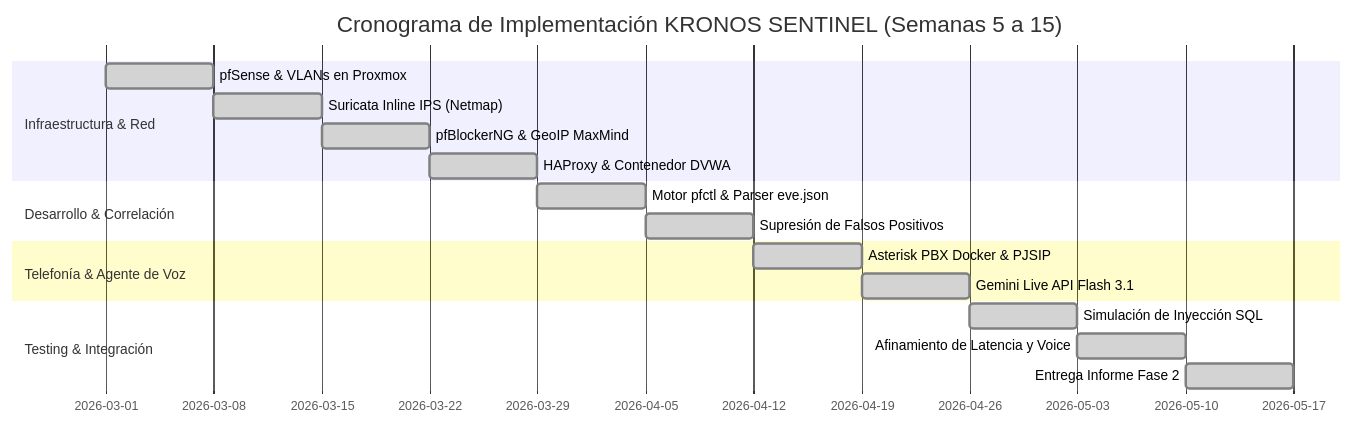
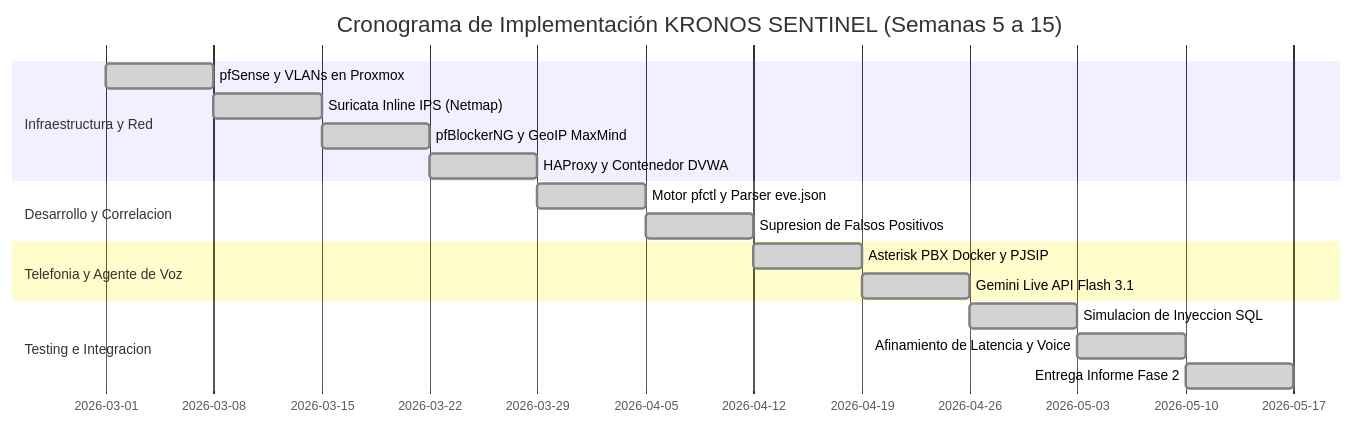
Before and after one commit to Fredinni/Proyecto-Portafolio: the diagram in docs/Fase_2_Desarrollo_Proyecto_APT/Informacion_EA2/Plan_Trabajo_Carta_Gantt.md, drawn with Mermaid. The commit also changed 17 other files, not shown here.

Commit message:
fix(assets-docs): XML compliant SVG assets with 4K UHD PNG rendering, robust LaTeX/Mermaid formatting, and scrubbed academic metadata

````diff
--- a/docs/Fase_2_Desarrollo_Proyecto_APT/Informacion_EA2/Plan_Trabajo_Carta_Gantt.md
+++ b/docs/Fase_2_Desarrollo_Proyecto_APT/Informacion_EA2/Plan_Trabajo_Carta_Gantt.md
@@ -26,20 +26,20 @@
 ```mermaid
 gantt
     title Cronograma de Implementación KRONOS SENTINEL (Semanas 5 a 15)
     dateFormat  YYYY-MM-DD
-    section Infraestructura & Red
-    pfSense & VLANs en Proxmox        :done, s5, 2026-03-01, 7d
+    section Infraestructura y Red
+    pfSense y VLANs en Proxmox        :done, s5, 2026-03-01, 7d
     Suricata Inline IPS (Netmap)      :done, s6, 2026-03-08, 7d
-    pfBlockerNG & GeoIP MaxMind       :done, s7, 2026-03-15, 7d
-    HAProxy & Contenedor DVWA         :done, s8, 2026-03-22, 7d
-    section Desarrollo & Correlación
-    Motor pfctl & Parser eve.json     :done, s9, 2026-03-29, 7d
-    Supresión de Falsos Positivos     :done, s10, 2026-04-05, 7d
-    section Telefonía & Agente de Voz
-    Asterisk PBX Docker & PJSIP       :done, s11, 2026-04-12, 7d
+    pfBlockerNG y GeoIP MaxMind       :done, s7, 2026-03-15, 7d
+    HAProxy y Contenedor DVWA         :done, s8, 2026-03-22, 7d
+    section Desarrollo y Correlacion
+    Motor pfctl y Parser eve.json     :done, s9, 2026-03-29, 7d
+    Supresion de Falsos Positivos     :done, s10, 2026-04-05, 7d
+    section Telefonia y Agente de Voz
+    Asterisk PBX Docker y PJSIP       :done, s11, 2026-04-12, 7d
     Gemini Live API Flash 3.1         :done, s12, 2026-04-19, 7d
-    section Testing & Integración
-    Simulación de Inyección SQL       :done, s13, 2026-04-26, 7d
+    section Testing e Integracion
+    Simulacion de Inyeccion SQL       :done, s13, 2026-04-26, 7d
     Afinamiento de Latencia y Voice   :done, s14, 2026-05-03, 7d
     Entrega Informe Fase 2            :done, s15, 2026-05-10, 7d
 ```
````
